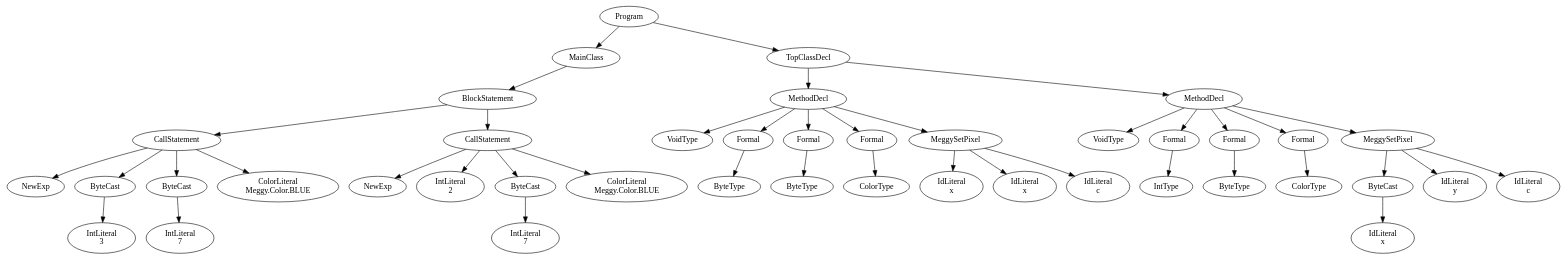
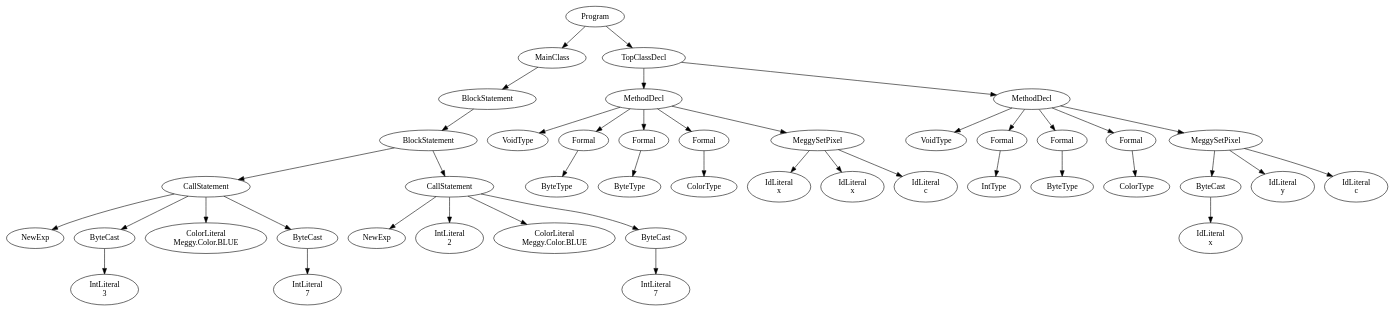
One commit to MissMeriel/CS4620-Compilers changed the diagram in PA4/PA4Tests/PA4doubleDef.java.ast.dot. Above: the diagram before and after it, drawn with Graphviz. The commit also changed 23 other files, not shown here.

```diff
--- a/PA4/PA4Tests/PA4doubleDef.java.ast.dot
+++ b/PA4/PA4Tests/PA4doubleDef.java.ast.dot
@@ -1,85 +1,87 @@
 digraph ASTGraph {
 0 [ label="Program" ];
 1 [ label="MainClass" ];
 0 -> 1
 2 [ label="BlockStatement" ];
 1 -> 2
-3 [ label="CallStatement" ];
+3 [ label="BlockStatement" ];
 2 -> 3
-4 [ label="NewExp" ];
+4 [ label="CallStatement" ];
 3 -> 4
-5 [ label="ByteCast" ];
-3 -> 5
-6 [ label="IntLiteral\n3" ];
-5 -> 6
-7 [ label="ByteCast" ];
-3 -> 7
-8 [ label="IntLiteral\n7" ];
-7 -> 8
-9 [ label="ColorLiteral\nMeggy.Color.BLUE" ];
-3 -> 9
-10 [ label="CallStatement" ];
-2 -> 10
-11 [ label="NewExp" ];
-10 -> 11
-12 [ label="IntLiteral\n2" ];
-10 -> 12
-13 [ label="ByteCast" ];
-10 -> 13
-14 [ label="IntLiteral\n7" ];
-13 -> 14
-15 [ label="ColorLiteral\nMeggy.Color.BLUE" ];
-10 -> 15
-16 [ label="TopClassDecl" ];
-0 -> 16
-17 [ label="MethodDecl" ];
-16 -> 17
-18 [ label="VoidType" ];
+5 [ label="NewExp" ];
+4 -> 5
+6 [ label="ByteCast" ];
+4 -> 6
+7 [ label="IntLiteral\n3" ];
+6 -> 7
+8 [ label="ColorLiteral\nMeggy.Color.BLUE" ];
+4 -> 8
+9 [ label="ByteCast" ];
+4 -> 9
+10 [ label="IntLiteral\n7" ];
+9 -> 10
+11 [ label="CallStatement" ];
+3 -> 11
+12 [ label="NewExp" ];
+11 -> 12
+13 [ label="IntLiteral\n2" ];
+11 -> 13
+14 [ label="ColorLiteral\nMeggy.Color.BLUE" ];
+11 -> 14
+15 [ label="ByteCast" ];
+11 -> 15
+16 [ label="IntLiteral\n7" ];
+15 -> 16
+17 [ label="TopClassDecl" ];
+0 -> 17
+18 [ label="MethodDecl" ];
 17 -> 18
-19 [ label="Formal" ];
-17 -> 19
-20 [ label="ByteType" ];
-19 -> 20
-21 [ label="Formal" ];
-17 -> 21
-22 [ label="ByteType" ];
-21 -> 22
-23 [ label="Formal" ];
-17 -> 23
-24 [ label="ColorType" ];
-23 -> 24
-25 [ label="MeggySetPixel" ];
-17 -> 25
-26 [ label="IdLiteral\nx" ];
-25 -> 26
+19 [ label="VoidType" ];
+18 -> 19
+20 [ label="Formal" ];
+18 -> 20
+21 [ label="ByteType" ];
+20 -> 21
+22 [ label="Formal" ];
+18 -> 22
+23 [ label="ByteType" ];
+22 -> 23
+24 [ label="Formal" ];
+18 -> 24
+25 [ label="ColorType" ];
+24 -> 25
+26 [ label="MeggySetPixel" ];
+18 -> 26
 27 [ label="IdLiteral\nx" ];
-25 -> 27
-28 [ label="IdLiteral\nc" ];
-25 -> 28
-29 [ label="MethodDecl" ];
-16 -> 29
-30 [ label="VoidType" ];
-29 -> 30
-31 [ label="Formal" ];
-29 -> 31
-32 [ label="IntType" ];
-31 -> 32
-33 [ label="Formal" ];
-29 -> 33
-34 [ label="ByteType" ];
-33 -> 34
-35 [ label="Formal" ];
-29 -> 35
-36 [ label="ColorType" ];
-35 -> 36
-37 [ label="MeggySetPixel" ];
-29 -> 37
-38 [ label="ByteCast" ];
-37 -> 38
-39 [ label="IdLiteral\nx" ];
+26 -> 27
+28 [ label="IdLiteral\nx" ];
+26 -> 28
+29 [ label="IdLiteral\nc" ];
+26 -> 29
+30 [ label="MethodDecl" ];
+17 -> 30
+31 [ label="VoidType" ];
+30 -> 31
+32 [ label="Formal" ];
+30 -> 32
+33 [ label="IntType" ];
+32 -> 33
+34 [ label="Formal" ];
+30 -> 34
+35 [ label="ByteType" ];
+34 -> 35
+36 [ label="Formal" ];
+30 -> 36
+37 [ label="ColorType" ];
+36 -> 37
+38 [ label="MeggySetPixel" ];
+30 -> 38
+39 [ label="ByteCast" ];
 38 -> 39
-40 [ label="IdLiteral\ny" ];
-37 -> 40
-41 [ label="IdLiteral\nc" ];
-37 -> 41
+40 [ label="IdLiteral\nx" ];
+39 -> 40
+41 [ label="IdLiteral\ny" ];
+38 -> 41
+42 [ label="IdLiteral\nc" ];
+38 -> 42
 }
```
